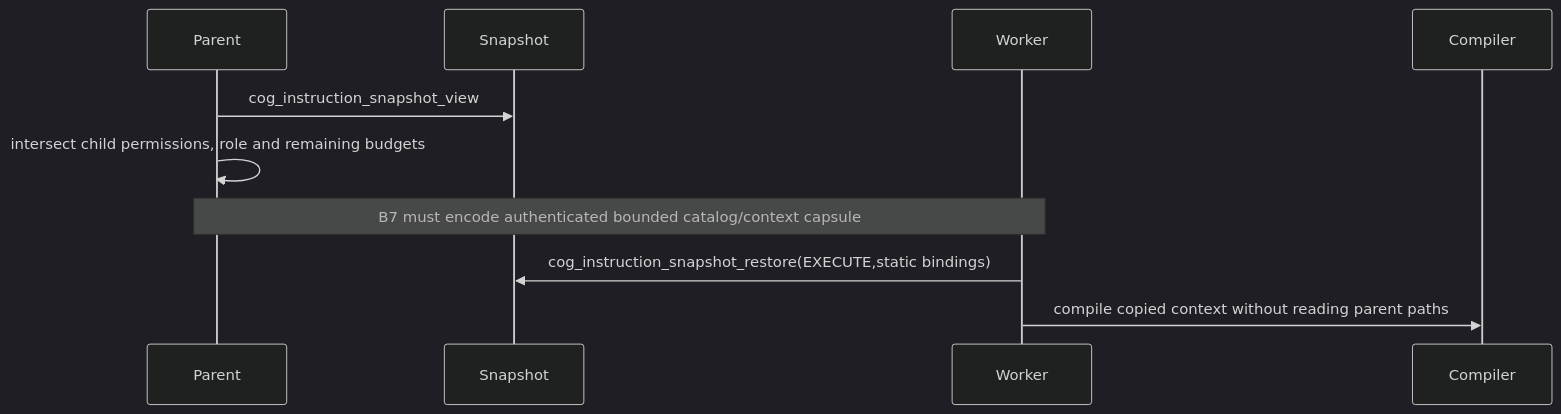
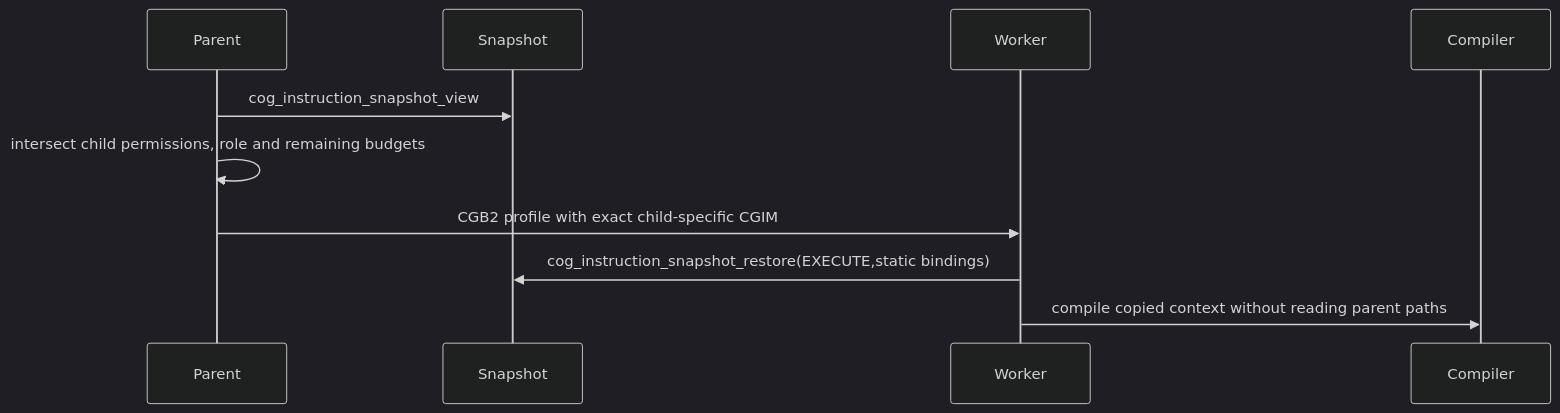
The sixth of 17 diagrams in docs/scenarios/P01-instruction-support.md (PortableWeasel/cog), drawn with Mermaid (dark theme) before and after one commit. The commit also changed other lines of this file and 19 other files, not shown here.

````diff
--- a/docs/scenarios/P01-instruction-support.md
+++ b/docs/scenarios/P01-instruction-support.md
@@ -148,8 +141,8 @@
 ```mermaid
 sequenceDiagram
     Parent->>Snapshot: cog_instruction_snapshot_view
     Parent->>Parent: intersect child permissions, role and remaining budgets
-    Note over Parent,Worker: B7 must encode authenticated bounded catalog/context capsule
+    Parent->>Worker: CGB2 profile with exact child-specific CGIM
     Worker->>Snapshot: cog_instruction_snapshot_restore(EXECUTE,static bindings)
     Worker->>Compiler: compile copied context without reading parent paths
 ```
````
